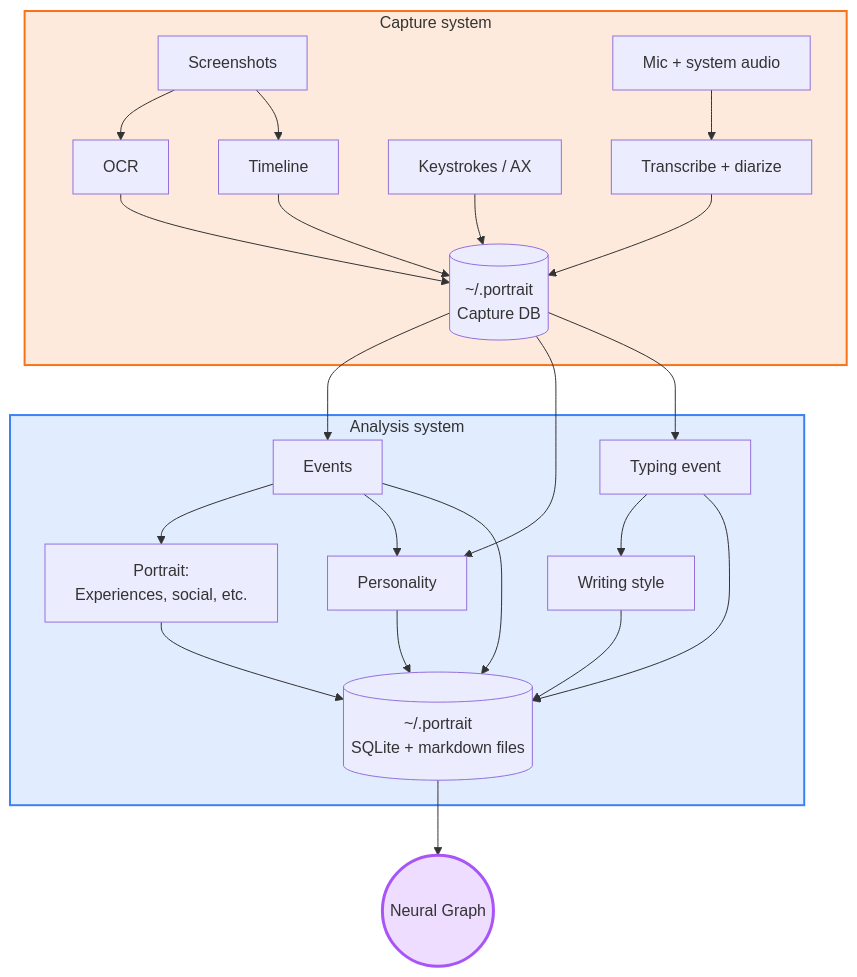
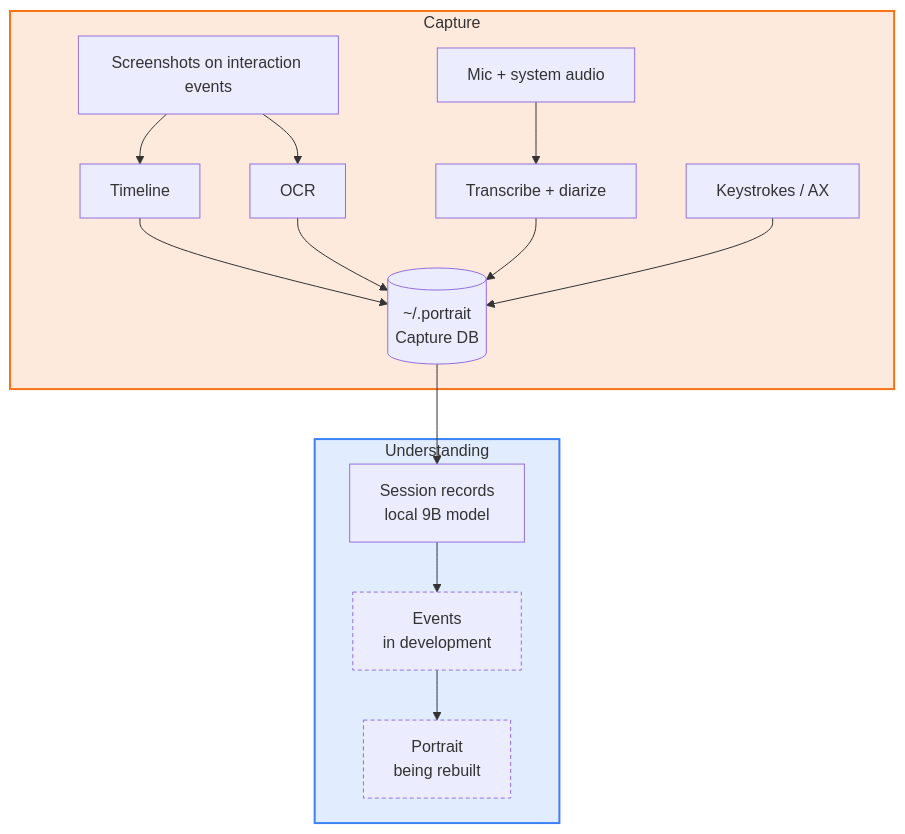
One commit to joyzhang14-14/My-Portrait changed the diagram in README.md. Above: the diagram before and after it, drawn with Mermaid. The commit also changed other lines of this file and 3 other files, not shown here.

Commit message:
docs(readme): current pipeline, event graph animation, roadmap

````diff
--- a/README.md
+++ b/README.md
@@ -19,36 +19,26 @@
 ```mermaid
 flowchart TB
-  subgraph CAP["Capture system"]
-    A1["Screenshots"] --> B1["OCR"]
+  subgraph CAP["Capture"]
+    A1["Screenshots on interaction events"] --> B1["OCR"]
     A2["Mic + system audio"] --> B2["Transcribe + diarize"]
     A3["Keystrokes / AX"]
     A1 --> TL["Timeline"]
 
     TL --> MT[("~/.portrait<br/>Capture DB")]
     B1 --> MT
     B2 --> MT
     A3 --> MT
   end
 
-  subgraph ANA["Analysis system"]
-    E["Events"] --> P["Portrait:<br/>Experiences, social, etc."]
-    E --> PS["Personality"]
-    TE["Typing event"] --> WS["Writing style"]
-
-    E --> DB[("~/.portrait<br/>SQLite + markdown files")]
-    TE --> DB
-    P --> DB
-    PS --> DB
-    WS --> DB
+  subgraph UND["Understanding"]
+    S["Session records<br/>local 9B model"] --> E["Events<br/>in development"]
+    E --> P["Portrait<br/>being rebuilt"]
   end
 
-  MT --> E
-  MT --> PS
-  MT --> TE
-
-  DB --> G(("Neural Graph"))
+  MT --> S
 
   style CAP fill:#f9731626,stroke:#f97316,stroke-width:2px
-  style ANA fill:#3b82f626,stroke:#3b82f6,stroke-width:2px
-  style G fill:#a855f733,stroke:#a855f7,stroke-width:3px
+  style UND fill:#3b82f626,stroke:#3b82f6,stroke-width:2px
+  style E stroke-dasharray:4 3
+  style P stroke-dasharray:4 3
 ```
````
